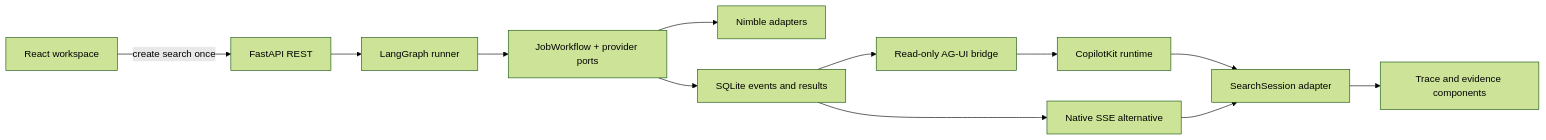
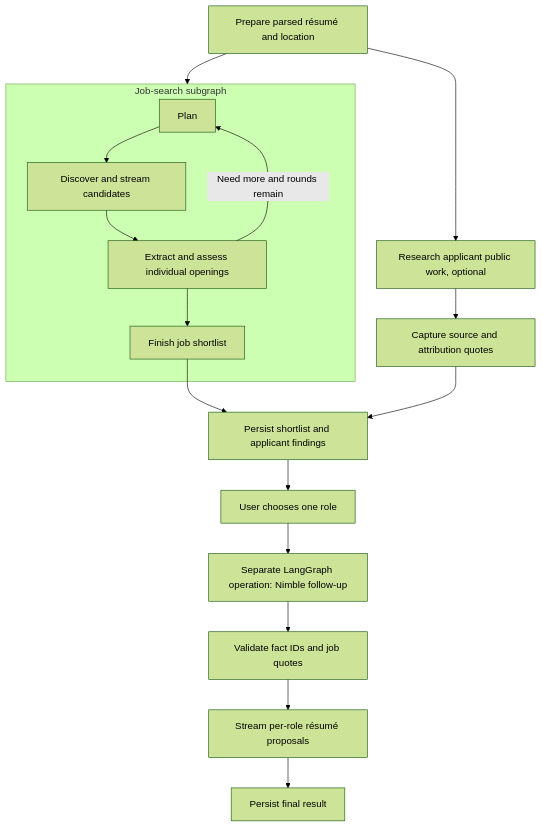
One commit to ojusave/nimble-proof-agent changed the second of 2 diagrams in docs/design.md. Above: the diagram before and after it, drawn with Mermaid (forest theme). The commit also changed other lines of this file and 65 other files, not shown here.

````diff
--- a/docs/design.md
+++ b/docs/design.md
@@ -7,14 +26,19 @@
 ```mermaid
-flowchart LR
-    UI[React workspace] -->|create search once| REST[FastAPI REST]
-    REST --> GRAPH[LangGraph runner]
-    GRAPH --> RULES[JobWorkflow + provider ports]
-    RULES --> APIs[Nimble adapters]
-    RULES --> EVENTS[SQLite events and results]
-    EVENTS --> BRIDGE[Read-only AG-UI bridge]
-    BRIDGE --> RUNTIME[CopilotKit runtime]
-    RUNTIME --> SESSION[SearchSession adapter]
-    SESSION --> TRACE[Trace and evidence components]
-    EVENTS --> SSE[Native SSE alternative]
-    SSE --> SESSION
+flowchart TD
+  START[Prepare parsed résumé and location] --> JOBS
+  START --> PROFILE[Research applicant public work, optional]
+  subgraph JOBS[Job-search subgraph]
+    P[Plan] --> D[Discover and stream candidates]
+    D --> S[Extract and assess individual openings]
+    S -->|Need more and rounds remain| P
+    S --> F[Finish job shortlist]
+  end
+  PROFILE --> EX[Capture source and attribution quotes]
+  F --> JOIN[Persist shortlist and applicant findings]
+  EX --> JOIN
+  JOIN --> PICK[User chooses one role]
+  PICK --> T[Separate LangGraph operation: Nimble follow-up]
+  T --> V[Validate fact IDs and job quotes]
+  V --> STREAM[Stream per-role résumé proposals]
+  STREAM --> END[Persist final result]
 ```
````
